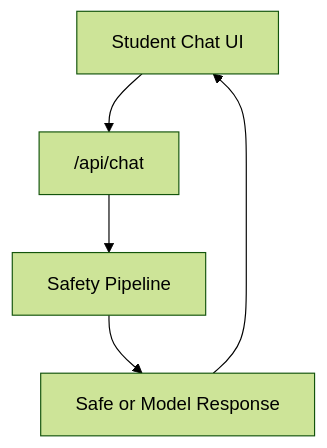
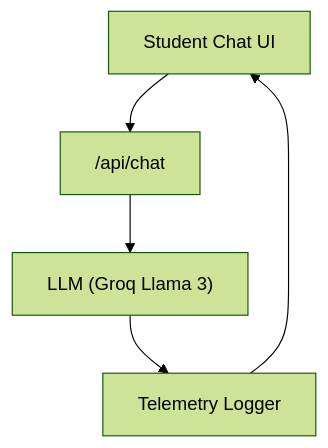
One commit to epatter1/promptshield-live changed the third of 3 diagrams in README.md. Above: the diagram before and after it, drawn with Mermaid (forest theme). The commit also changed other lines of this file, not shown here.

````diff
--- a/README.md
+++ b/README.md
@@ -188,7 +161,7 @@
 ```mermaid
 flowchart TD
     A["Student Chat UI"] --> B["/api/chat"]
-    B --> C["Safety Pipeline"]
-    C --> D["Safe or Model Response"]
+    B --> C["LLM (Groq Llama 3)"]
+    C --> D["Telemetry Logger"]
     D --> A
 ```
````
